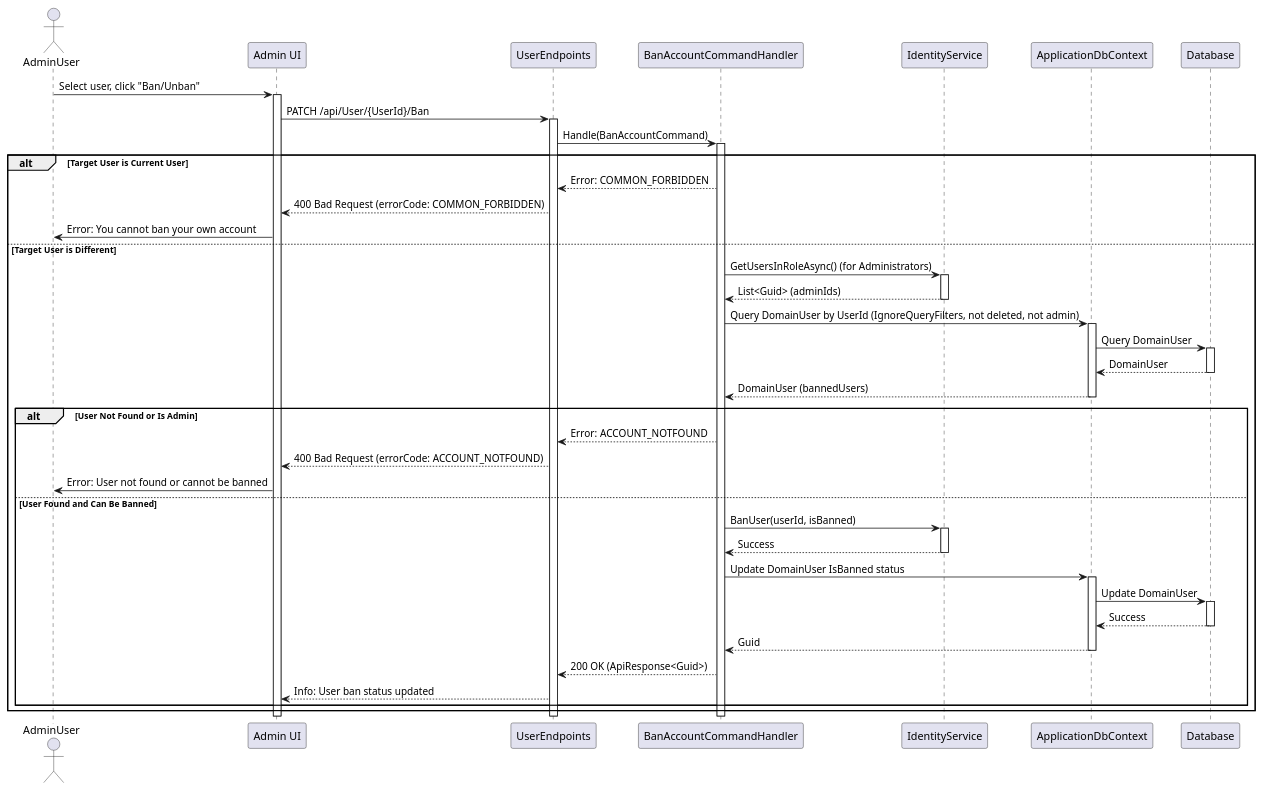
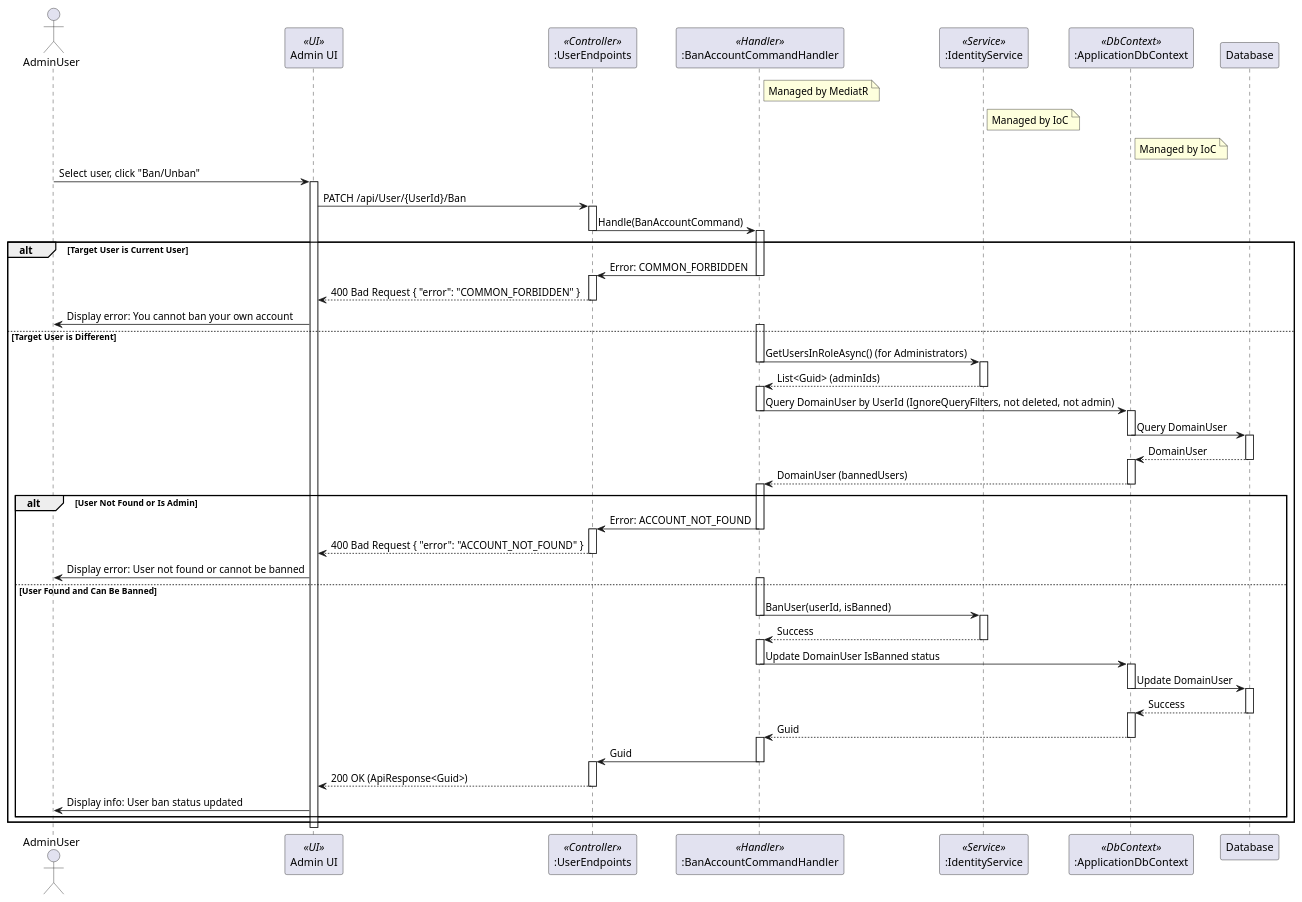
The diagram in Users/Sequence/BanAccountCommand.puml (thanhkhac/SEP_Diagram), drawn with PlantUML before and after one commit. The commit also changed 23 other files, not shown here.

First line of the commit message:
Enhance sequence diagrams with detailed flow and roles

```diff
--- a/Users/Sequence/BanAccountCommand.puml
+++ b/Users/Sequence/BanAccountCommand.puml
@@ -1,57 +1,93 @@
 @startuml
 actor AdminUser
-participant "Admin UI" as UI
-participant UserEndpoints
-participant BanAccountCommandHandler as Handler
-participant IdentityService
-participant ApplicationDbContext
+participant "Admin UI" as UI <<UI>>
+participant ":UserEndpoints" as UserEndpoints <<Controller>>
+participant ":BanAccountCommandHandler" as BanAccountCommandHandler <<Handler>>
+participant ":IdentityService" as IdentityService <<Service>>
+participant ":ApplicationDbContext" as ApplicationDbContext <<DbContext>>
 participant Database
+
+note right of BanAccountCommandHandler
+  Managed by MediatR
+end note
+
+note right of IdentityService
+  Managed by IoC
+end note
+
+note right of ApplicationDbContext
+  Managed by IoC
+end note
 
 AdminUser -> UI : Select user, click "Ban/Unban"
 activate UI
 UI -> UserEndpoints : PATCH /api/User/{UserId}/Ban
 activate UserEndpoints
-UserEndpoints -> Handler : Handle(BanAccountCommand)
-activate Handler
+UserEndpoints -> BanAccountCommandHandler : Handle(BanAccountCommand)
+deactivate UserEndpoints
+activate BanAccountCommandHandler
 alt Target User is Current User
-    Handler --> UserEndpoints : Error: COMMON_FORBIDDEN
-    UserEndpoints --> UI : 400 Bad Request (errorCode: COMMON_FORBIDDEN)
-    UI -> AdminUser : Error: You cannot ban your own account
+    BanAccountCommandHandler -> UserEndpoints : Error: COMMON_FORBIDDEN
+    deactivate BanAccountCommandHandler
+    activate UserEndpoints
+    UserEndpoints --> UI : 400 Bad Request { "error": "COMMON_FORBIDDEN" }
+    deactivate UserEndpoints
+    UI -> AdminUser : Display error: You cannot ban your own account
 else Target User is Different
-    Handler -> IdentityService : GetUsersInRoleAsync() (for Administrators)
+    activate BanAccountCommandHandler
+    BanAccountCommandHandler -> IdentityService : GetUsersInRoleAsync() (for Administrators)
+    deactivate BanAccountCommandHandler
     activate IdentityService
-    IdentityService --> Handler : List<Guid> (adminIds)
+    IdentityService --> BanAccountCommandHandler : List<Guid> (adminIds)
     deactivate IdentityService
-    Handler -> ApplicationDbContext : Query DomainUser by UserId (IgnoreQueryFilters, not deleted, not admin)
+    activate BanAccountCommandHandler
+    BanAccountCommandHandler -> ApplicationDbContext : Query DomainUser by UserId (IgnoreQueryFilters, not deleted, not admin)
+    deactivate BanAccountCommandHandler
     activate ApplicationDbContext
     ApplicationDbContext -> Database : Query DomainUser
+    deactivate ApplicationDbContext
     activate Database
     Database --> ApplicationDbContext : DomainUser
     deactivate Database
-    ApplicationDbContext --> Handler : DomainUser (bannedUsers)
+    activate ApplicationDbContext
+    ApplicationDbContext --> BanAccountCommandHandler : DomainUser (bannedUsers)
     deactivate ApplicationDbContext
+    activate BanAccountCommandHandler
     alt User Not Found or Is Admin
-        Handler --> UserEndpoints : Error: ACCOUNT_NOTFOUND
-        UserEndpoints --> UI : 400 Bad Request (errorCode: ACCOUNT_NOTFOUND)
-        UI -> AdminUser : Error: User not found or cannot be banned
+        BanAccountCommandHandler -> UserEndpoints : Error: ACCOUNT_NOT_FOUND
+        deactivate BanAccountCommandHandler
+        activate UserEndpoints
+        UserEndpoints --> UI : 400 Bad Request { "error": "ACCOUNT_NOT_FOUND" }
+        deactivate UserEndpoints
+        UI -> AdminUser : Display error: User not found or cannot be banned
     else User Found and Can Be Banned
-        Handler -> IdentityService : BanUser(userId, isBanned)
+        activate BanAccountCommandHandler
+        BanAccountCommandHandler -> IdentityService : BanUser(userId, isBanned)
+        deactivate BanAccountCommandHandler
         activate IdentityService
-        IdentityService --> Handler : Success
+        IdentityService --> BanAccountCommandHandler : Success
         deactivate IdentityService
-        Handler -> ApplicationDbContext : Update DomainUser IsBanned status
+        activate BanAccountCommandHandler
+        BanAccountCommandHandler -> ApplicationDbContext : Update DomainUser IsBanned status
+        deactivate BanAccountCommandHandler
         activate ApplicationDbContext
         ApplicationDbContext -> Database : Update DomainUser
+        deactivate ApplicationDbContext
         activate Database
         Database --> ApplicationDbContext : Success
         deactivate Database
-        ApplicationDbContext --> Handler : Guid
+        activate ApplicationDbContext
+        ApplicationDbContext --> BanAccountCommandHandler : Guid
         deactivate ApplicationDbContext
-        Handler --> UserEndpoints : 200 OK (ApiResponse<Guid>)
-        UserEndpoints --> UI : Info: User ban status updated
+        activate BanAccountCommandHandler
+        BanAccountCommandHandler -> UserEndpoints : Guid
+        deactivate BanAccountCommandHandler
+        activate UserEndpoints
+        UserEndpoints --> UI : 200 OK (ApiResponse<Guid>)
+        deactivate UserEndpoints
+        UI -> AdminUser : Display info: User ban status updated
     end
 end
-deactivate Handler
-deactivate UserEndpoints
 deactivate UI
+
 @enduml
```
